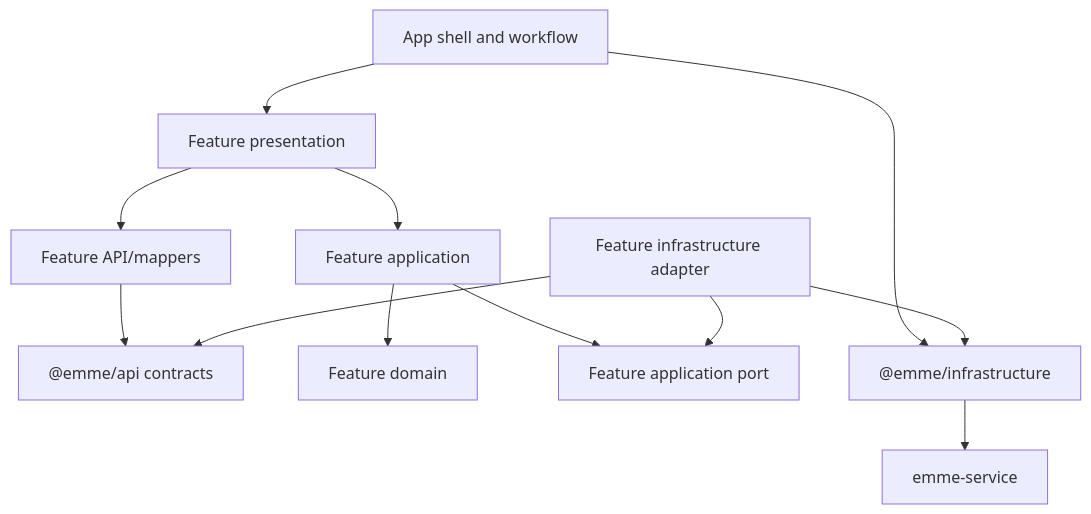
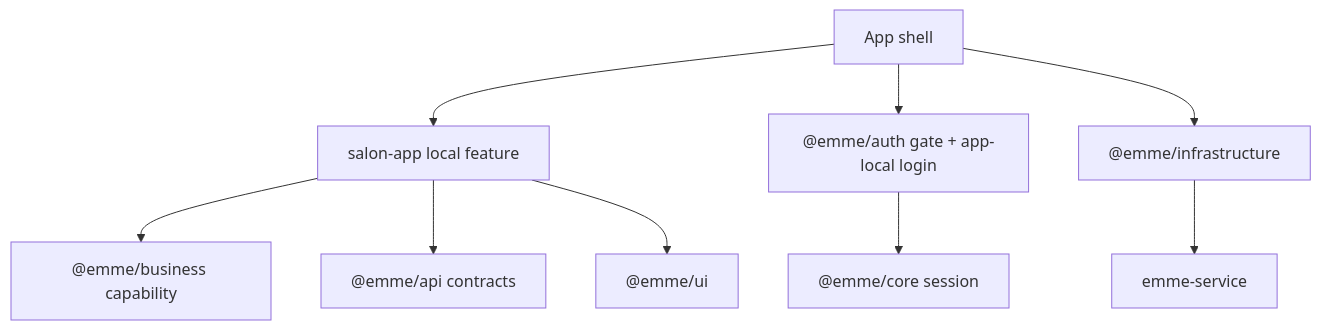
The second of 2 diagrams in docs/architecture/00-project/architecture-model.md (migangdelzar/emme-web), drawn with Mermaid before and after one commit. The commit also changed other lines of this file and 266 other files, not shown here.

Commit message:
refactor(architecture): make salon the current product app

````diff
--- a/docs/architecture/00-project/architecture-model.md
+++ b/docs/architecture/00-project/architecture-model.md
@@ -28,14 +28,11 @@
 ```mermaid
 flowchart TB
-    Shell["App shell and workflow"] --> Presentation["Feature presentation"]
-    Presentation --> FeatureAPI["Feature API/mappers"]
-    Presentation --> Application["Feature application"]
-    FeatureAPI --> Api["@emme/api contracts"]
-    Application --> Domain["Feature domain"]
-    Application --> Port["Feature application port"]
-    FeatureInfrastructure["Feature infrastructure adapter"] --> Port
-    FeatureInfrastructure --> Api
+    Shell["App shell"] --> SalonFeature["salon-app local feature"]
+    SalonFeature --> Business["@emme/business capability"]
+    SalonFeature --> Api["@emme/api contracts"]
+    SalonFeature --> UI["@emme/ui"]
+    Shell --> Auth["@emme/auth gate + app-local login"]
+    Auth --> Core["@emme/core session"]
     Shell --> GlobalInfrastructure["@emme/infrastructure"]
     GlobalInfrastructure --> Service["emme-service"]
-    FeatureInfrastructure --> GlobalInfrastructure
 ```
````
